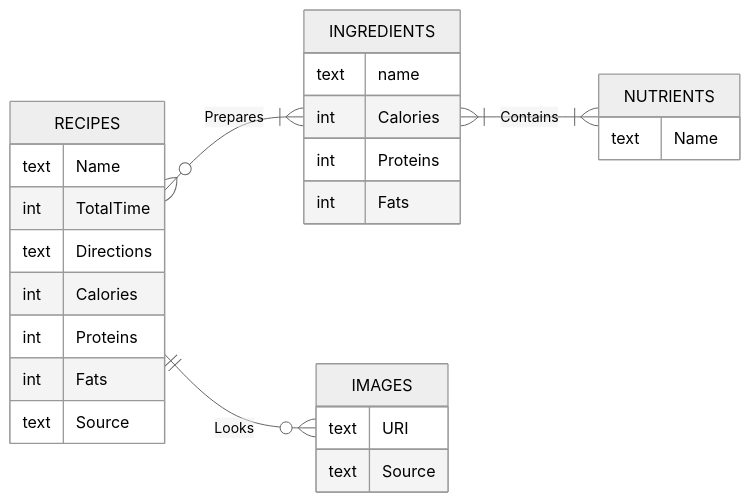
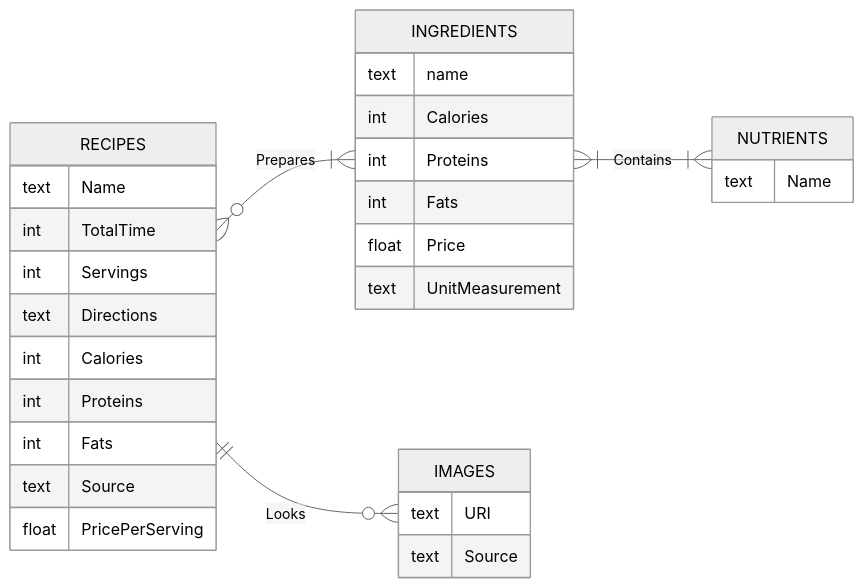
The diagram in ETL_Pipeline/DOCS.md (alexisuaguilaru/MealPrepPlanner), drawn with Mermaid (neutral theme) before and after one commit. The commit also changed other lines of this file and 1 other file, not shown here.

````diff
--- a/ETL_Pipeline/DOCS.md
+++ b/ETL_Pipeline/DOCS.md
@@ -171,30 +197,34 @@
 ```mermaid
 erDiagram
     direction LR;
     NUTRIENTS {
         text Name
     }
     INGREDIENTS {
         text name
         int Calories
         int Proteins
         int Fats
+        float Price
+        text UnitMeasurement
     }
     IMAGES {
         text URI
         text Source
     }
     RECIPES {
         text Name
         int TotalTime
+        int Servings
         text Directions
         int Calories
         int Proteins
         int Fats
         text Source
+        float PricePerServing
     }
 
     INGREDIENTS }|--|{ NUTRIENTS : Contains
     RECIPES }o--|{ INGREDIENTS : Prepares
     RECIPES ||--o{ IMAGES : Looks
 ```
````
